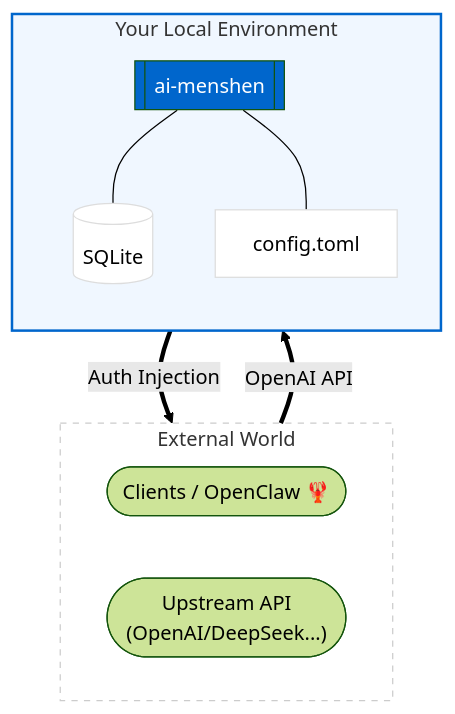
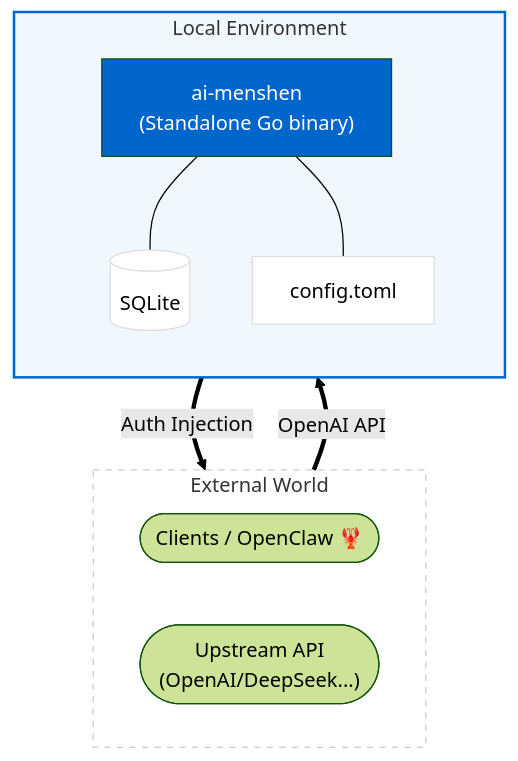
The diagram in README.md (jiacai2050/ai-menshen), drawn with Mermaid (forest theme) before and after one commit. The commit also changed other lines of this file, not shown here.

````diff
--- a/README.md
+++ b/README.md
@@ -5,28 +7,28 @@
 ```mermaid
 graph TD
     subgraph EXTERNAL [External World]
         direction LR
         Client([Clients / OpenClaw 🦞])
         Upstream(["Upstream API<br>(OpenAI/DeepSeek...)"])
     end
 
-    subgraph LOCAL [Your Local Environment]
+    subgraph LOCAL [Local Environment]
         direction TB
-        G[[ai-menshen]]
+        G["ai-menshen<br>(Standalone Go binary)"]
 
         DB[(SQLite)]
         CFG[config.toml]
 
         G --- DB
         G --- CFG
     end
 
     Client ==>|OpenAI API| G
     G ==>|Auth Injection| Upstream
 
     style EXTERNAL fill:none,stroke:#ccc,stroke-dasharray: 5 5
     style LOCAL fill:#f0f7ff,stroke:#0066cc,stroke-width:2px
     style G fill:#0066cc,color:#fff
     style DB fill:#fff,stroke:#ddd
     style CFG fill:#fff,stroke:#ddd
 ```
````
